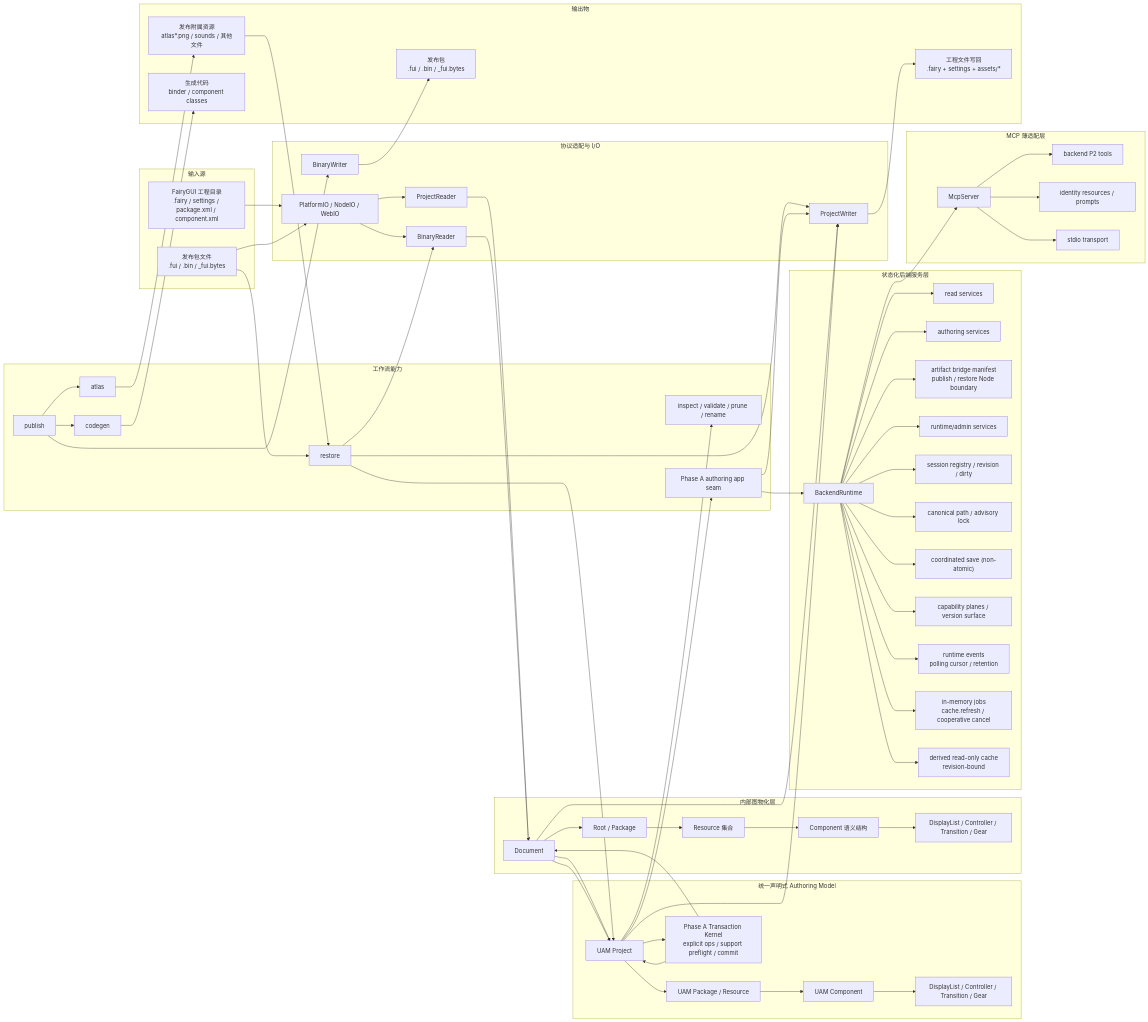
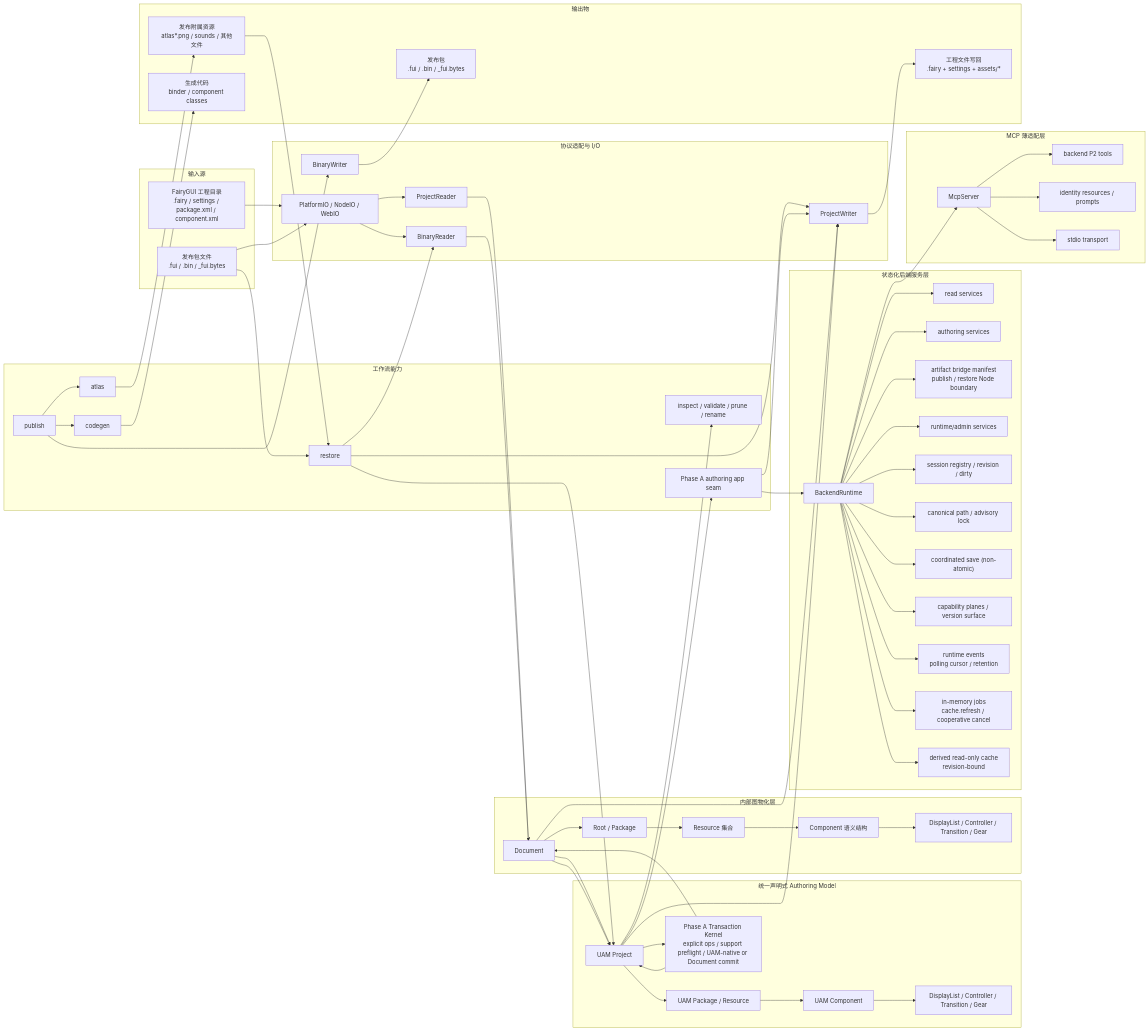
Before and after one commit to OpenFairyGUI/OpenFairyGUI: the first of 2 diagrams in docs/architecture-overview.md, drawn with Mermaid. The commit also changed other lines of this file and 3 other files, not shown here.

```diff
--- a/docs/architecture-overview.md
+++ b/docs/architecture-overview.md
@@ -29,7 +29,7 @@
         UPKG["UAM Package / Resource"]
         UCOMP["UAM Component"]
         UBEHAVIOR["DisplayList / Controller / Transition / Gear"]
-        UTX["Phase A Transaction Kernel<br/>explicit ops / support preflight / commit"]
+        UTX["Phase A Transaction Kernel<br/>explicit ops / support preflight / UAM-native or Document commit"]
     end
 
     subgraph GRAPH["内部图物化层"]
```
